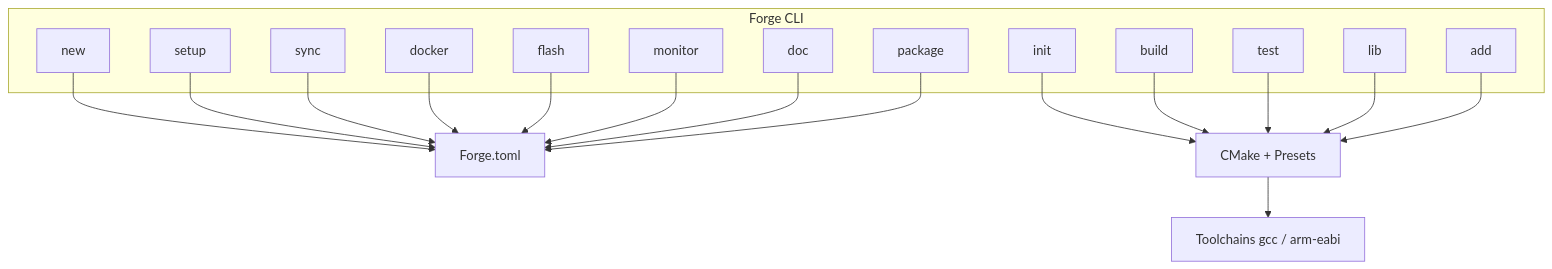
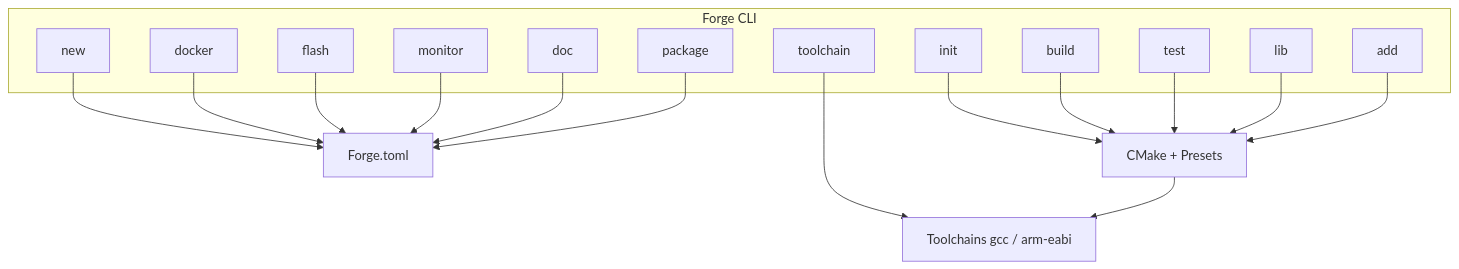
One commit to MCUBoostGh/forge changed the first of 4 diagrams in ROADMAP.md. Above: the diagram before and after it, drawn with Mermaid. The commit also changed other lines of this file and 5 other files, not shown here.

First line of the commit message:
docs: retarget v0.3.0 to forge toolchain on Windows and Linux

````diff
--- a/ROADMAP.md
+++ b/ROADMAP.md
@@ -39,38 +39,36 @@
 ```mermaid
 flowchart TB
   subgraph cli [Forge CLI]
     new[new]
     init[init]
-    setup[setup]
-    sync[sync]
+    toolchainCmd[toolchain]
     docker[docker]
     build[build]
     flash[flash]
     monitor[monitor]
     test[test]
     lib[lib]
     add[add]
     doc[doc]
     package[package]
   end
 
   forgeToml[Forge.toml]
   cmake[CMake + Presets]
   toolchains[Toolchains gcc / arm-eabi]
 
   new --> forgeToml
-  setup --> forgeToml
-  sync --> forgeToml
+  toolchainCmd --> toolchains
   init --> cmake
   docker --> forgeToml
   build --> cmake
   flash --> forgeToml
   monitor --> forgeToml
   test --> cmake
   lib --> cmake
   add --> cmake
   doc --> forgeToml
   package --> forgeToml
 
   cmake --> toolchains
 ```
````
